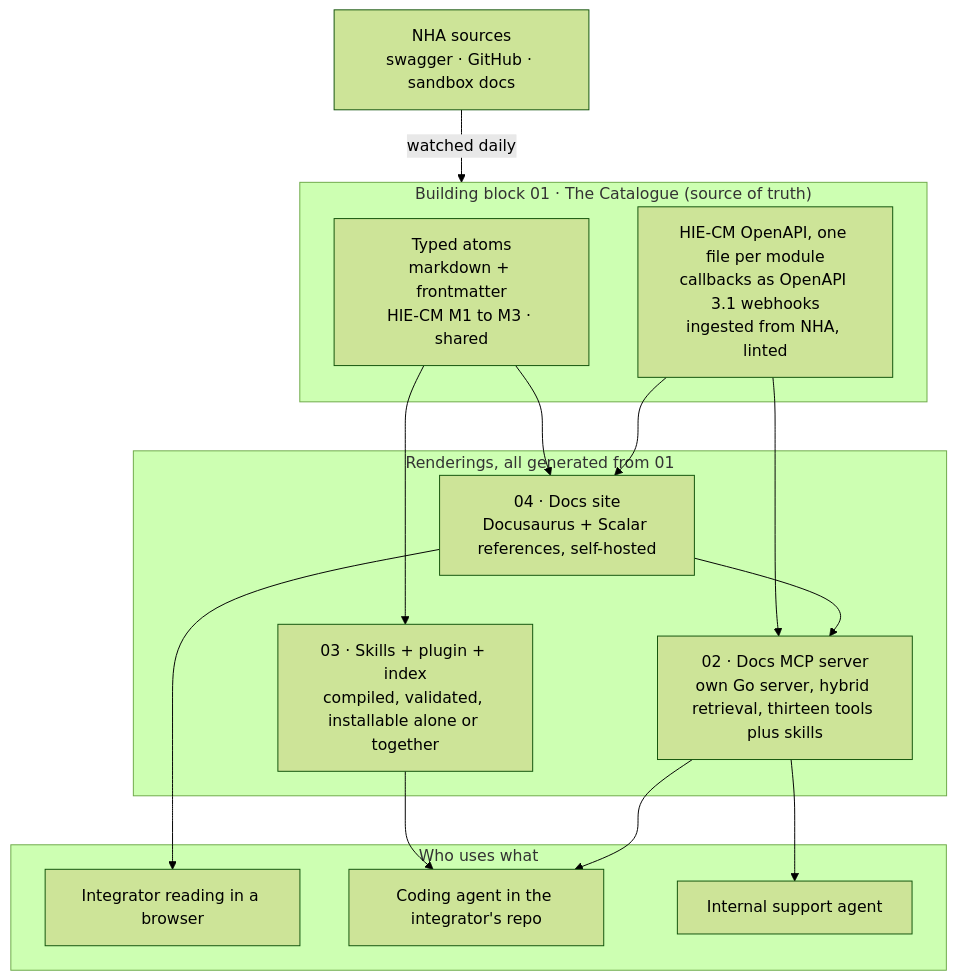
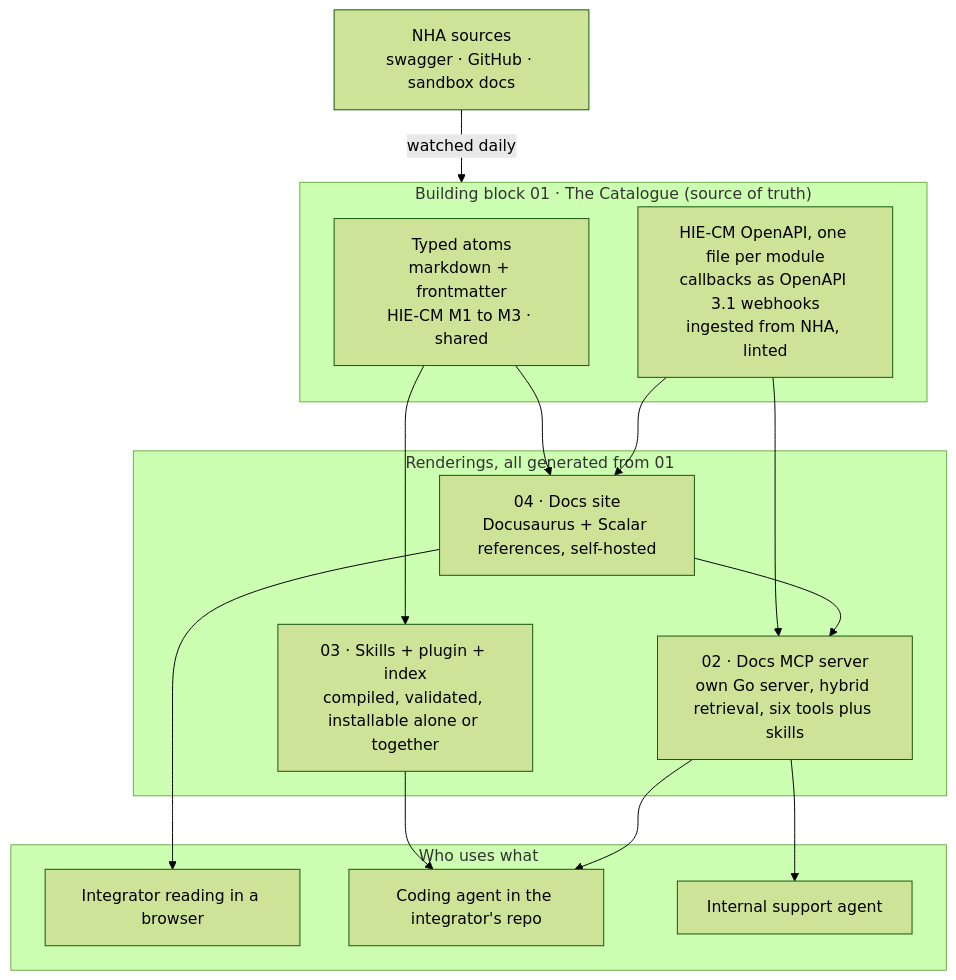
Before and after one commit to nha-in/docs: the first of 9 diagrams in plan/abdm-v1-phase1-architecture-and-plan.md, drawn with Mermaid (forest theme). The commit also changed other lines of this file and 64 other files, not shown here.

````diff
--- a/plan/abdm-v1-phase1-architecture-and-plan.md
+++ b/plan/abdm-v1-phase1-architecture-and-plan.md
@@ -23,27 +23,27 @@
 ```mermaid
 flowchart TB
     subgraph SRC["Building block 01 · The Catalogue (source of truth)"]
         ATOMS["Typed atoms<br/>markdown + frontmatter<br/>HIE-CM M1 to M3 · shared"]
         OAS["HIE-CM OpenAPI, one file per module<br/>callbacks as OpenAPI 3.1 webhooks<br/>ingested from NHA, linted"]
     end
     subgraph REND["Renderings, all generated from 01"]
         DOCS["04 · Docs site<br/>Docusaurus + Scalar references, self-hosted"]
-        MCP["02 · Docs MCP server<br/>own Go server, hybrid retrieval, thirteen tools plus skills"]
+        MCP["02 · Docs MCP server<br/>own Go server, hybrid retrieval, six tools plus skills"]
         SK["03 · Skills + plugin + index<br/>compiled, validated, installable alone or together"]
     end
     subgraph USERS["Who uses what"]
         DEV["Integrator reading in a browser"]
         AGENT["Coding agent in the integrator's repo"]
         SUP["Internal support agent"]
     end
     ATOMS --> DOCS
     OAS --> DOCS
     ATOMS --> SK
     OAS --> MCP
     DOCS --> MCP
     DOCS --> DEV
     SK --> AGENT
     MCP --> AGENT
     MCP --> SUP
     NHA["NHA sources<br/>swagger · GitHub · sandbox docs"] -->|watched daily| SRC
 ```
````
